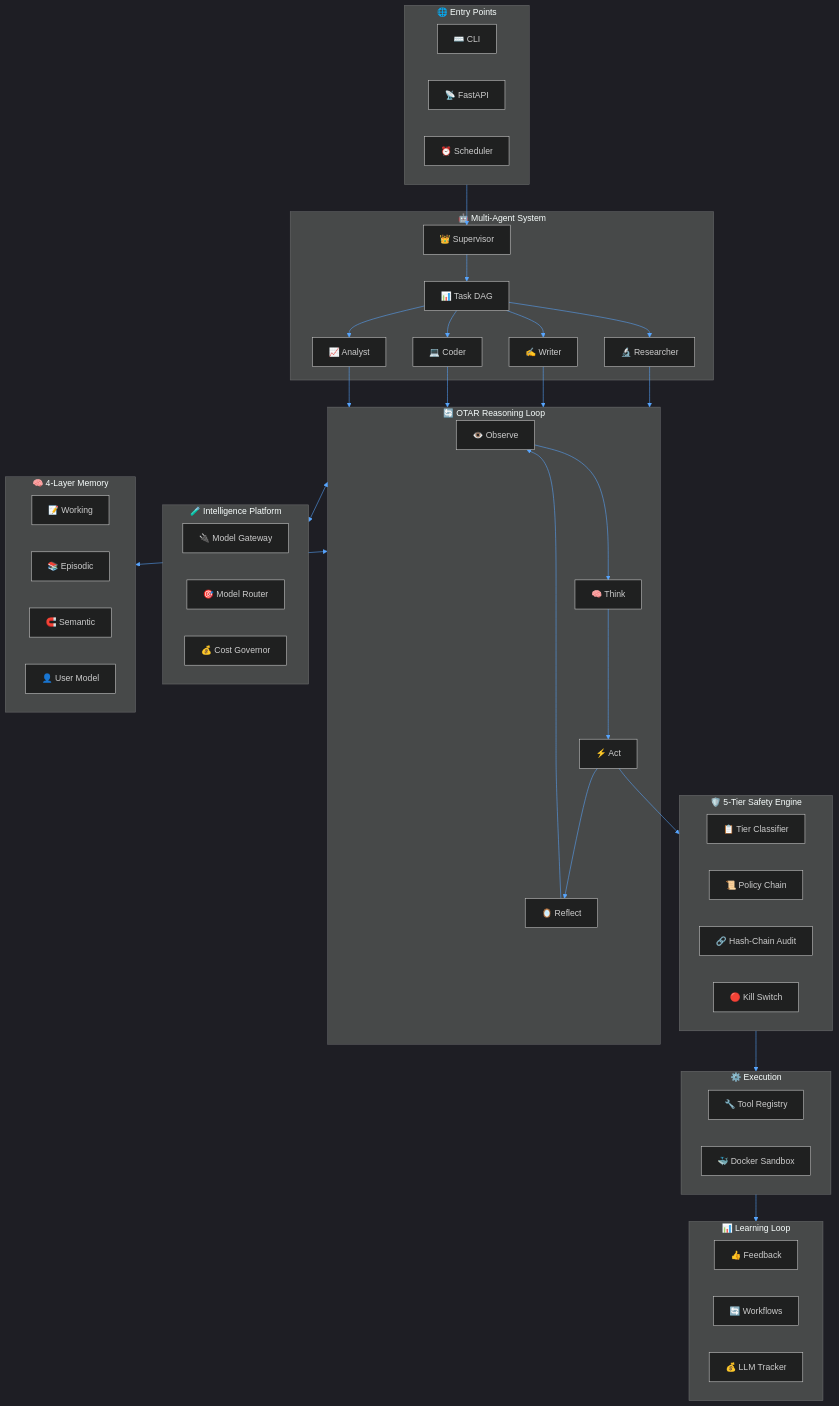
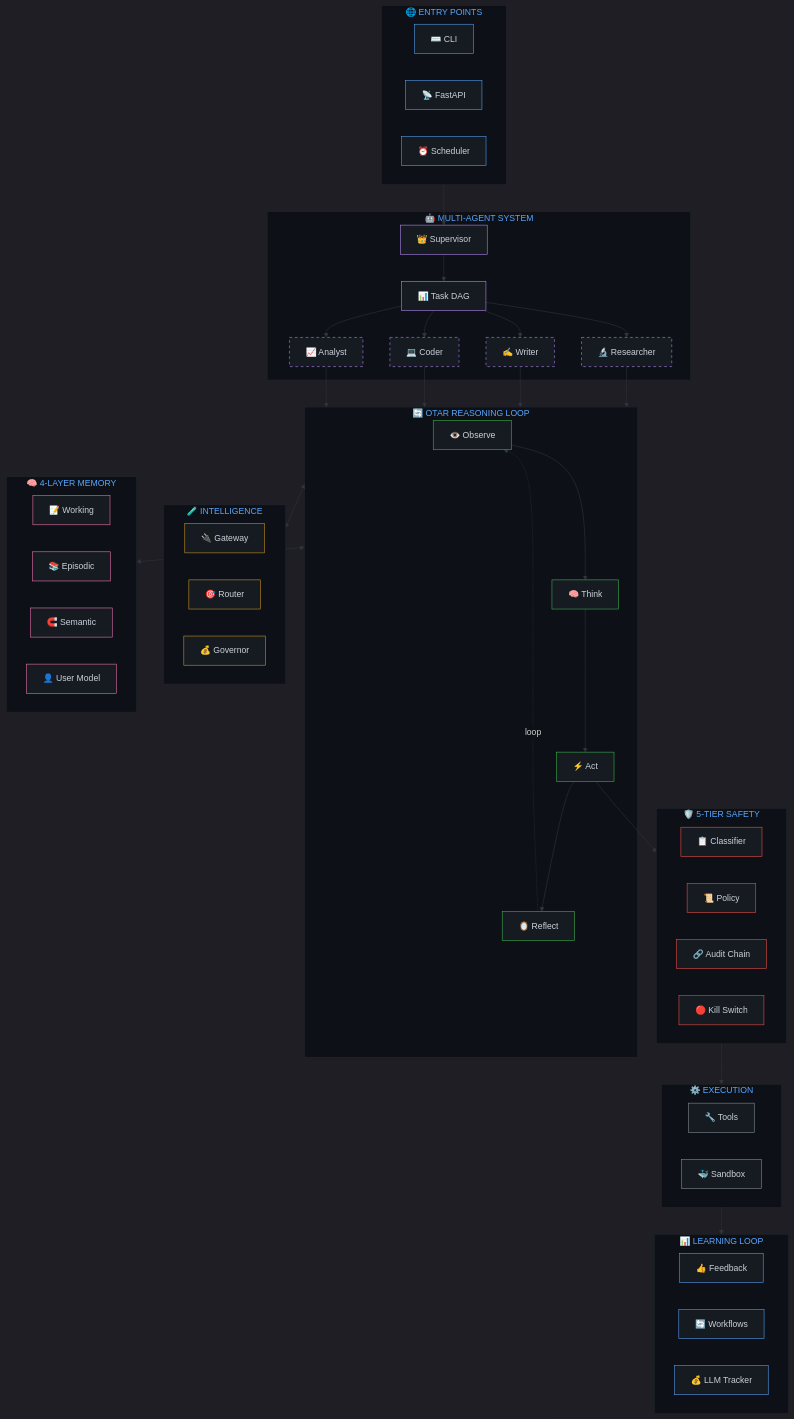
One commit to aman-bhaskar-codes/ATLAS changed the first of 3 diagrams in README.md. Above: the diagram before and after it, drawn with Mermaid. The commit also changed other lines of this file and 4 other files, not shown here.

First line of the commit message:
docs: cinematic README v2 — custom animated SVGs, dark theme, full motion design

````diff
--- a/README.md
+++ b/README.md
@@ -103,68 +134,77 @@
 ```mermaid
-%%{init: {'theme': 'dark', 'themeVariables': { 'primaryColor': '#1a1b27', 'primaryTextColor': '#c9d1d9', 'primaryBorderColor': '#58a6ff', 'lineColor': '#58a6ff', 'secondaryColor': '#161b22', 'tertiaryColor': '#0d1117', 'edgeLabelBackground': '#0d1117'}}}%%
+%%{init: {'theme': 'dark', 'themeVariables': { 'primaryColor': '#161b22', 'primaryTextColor': '#c9d1d9', 'primaryBorderColor': '#58a6ff', 'lineColor': '#30363d', 'secondaryColor': '#0d1117', 'tertiaryColor': '#0d1117', 'edgeLabelBackground': '#0d1117', 'clusterBkg': '#0d1117', 'clusterBorder': '#21262d', 'titleColor': '#58a6ff'}}}%%
 
 graph TB
-    subgraph ENTRY["🌐 Entry Points"]
-        CLI["⌨️ CLI"]
-        API["📡 FastAPI"]
-        CRON["⏰ Scheduler"]
+    subgraph ENTRY["⠀⠀🌐 ENTRY POINTS⠀⠀"]
+        CLI["⌨️ CLI"]:::entryNode
+        API["📡 FastAPI"]:::entryNode
+        CRON["⏰ Scheduler"]:::entryNode
     end
 
-    subgraph AGENTS["🤖 Multi-Agent System"]
-        SUP["👑 Supervisor"]
-        DAG["📊 Task DAG"]
-        R["🔬 Researcher"]
-        W["✍️ Writer"]
-        C["💻 Coder"]
-        A["📈 Analyst"]
+    subgraph AGENTS["⠀⠀🤖 MULTI-AGENT SYSTEM⠀⠀"]
+        SUP["👑 Supervisor"]:::agentNode
+        DAG["📊 Task DAG"]:::agentNode
+        R["🔬 Researcher"]:::specialistNode
+        W["✍️ Writer"]:::specialistNode
+        C["💻 Coder"]:::specialistNode
+        A["📈 Analyst"]:::specialistNode
     end
 
-    subgraph OTAR["🔄 OTAR Reasoning Loop"]
-        O["👁️ Observe"]
-        T["🧠 Think"]
-        ACT["⚡ Act"]
-        REF["🪞 Reflect"]
+    subgraph LOOP["⠀⠀🔄 OTAR REASONING LOOP⠀⠀"]
+        O["👁️ Observe"]:::otarNode
+        T["🧠 Think"]:::otarNode
+        ACT["⚡ Act"]:::otarNode
+        REF["🪞 Reflect"]:::otarNode
     end
 
-    subgraph INTEL["🧪 Intelligence Platform"]
-        GW["🔌 Model Gateway"]
-        ROUTE["🎯 Model Router"]
-        COST["💰 Cost Governor"]
+    subgraph INTEL["⠀⠀🧪 INTELLIGENCE⠀⠀"]
+        GW["🔌 Gateway"]:::intelNode
+        ROUTE["🎯 Router"]:::intelNode
+        COST["💰 Governor"]:::intelNode
     end
 
-    subgraph SAFETY["🛡️ 5-Tier Safety Engine"]
-        CLASS["📋 Tier Classifier"]
-        POLICY["📜 Policy Chain"]
-        AUDIT["🔗 Hash-Chain Audit"]
-        KS["🔴 Kill Switch"]
+    subgraph SAFE["⠀⠀🛡️ 5-TIER SAFETY⠀⠀"]
+        CLS["📋 Classifier"]:::safeNode
+        POL["📜 Policy"]:::safeNode
+        AUD["🔗 Audit Chain"]:::safeNode
+        KS["🔴 Kill Switch"]:::safeNode
     end
 
-    subgraph MEMORY["🧠 4-Layer Memory"]
-        WM["📝 Working"]
-        EM["📚 Episodic"]
-        SM["🧲 Semantic"]
-        UM["👤 User Model"]
+    subgraph MEM["⠀⠀🧠 4-LAYER MEMORY⠀⠀"]
+        WM["📝 Working"]:::memNode
+        EM["📚 Episodic"]:::memNode
+        SM["🧲 Semantic"]:::memNode
+        UM["👤 User Model"]:::memNode
     end
 
-    subgraph EXEC["⚙️ Execution"]
-        TOOLS["🔧 Tool Registry"]
-        SAND["🐳 Docker Sandbox"]
+    subgraph EXEC["⠀⠀⚙️ EXECUTION⠀⠀"]
+        TOOLS["🔧 Tools"]:::execNode
+        SAND["🐳 Sandbox"]:::execNode
     end
 
-    subgraph LEARN["📊 Learning Loop"]
-        FB["👍 Feedback"]
-        WF["🔄 Workflows"]
-        LLM["💰 LLM Tracker"]
+    subgraph LEARN["⠀⠀📊 LEARNING LOOP⠀⠀"]
+        FB["👍 Feedback"]:::learnNode
+        WF["🔄 Workflows"]:::learnNode
+        LLM["💰 LLM Tracker"]:::learnNode
     end
 
     ENTRY --> SUP
-    SUP --> DAG
-    DAG --> R & W & C & A
-    R & W & C & A --> OTAR
-    O --> T --> ACT --> REF --> O
-    ACT --> SAFETY
-    SAFETY --> EXEC
-    OTAR <--> INTEL
-    OTAR <--> MEMORY
+    SUP --> DAG --> R & W & C & A
+    R & W & C & A --> LOOP
+    O --> T --> ACT --> REF
+    REF -.->|loop| O
+    ACT --> SAFE --> EXEC
+    LOOP <--> INTEL
+    LOOP <--> MEM
     EXEC --> LEARN
+
+    classDef entryNode fill:#161b22,stroke:#58a6ff,color:#c9d1d9
+    classDef agentNode fill:#161b22,stroke:#bc8cff,color:#c9d1d9
+    classDef specialistNode fill:#161b22,stroke:#bc8cff,color:#c9d1d9,stroke-dasharray: 5 5
+    classDef otarNode fill:#161b22,stroke:#3fb950,color:#c9d1d9
+    classDef intelNode fill:#161b22,stroke:#d29922,color:#c9d1d9
+    classDef safeNode fill:#161b22,stroke:#f85149,color:#c9d1d9
+    classDef memNode fill:#161b22,stroke:#f778ba,color:#c9d1d9
+    classDef execNode fill:#161b22,stroke:#8b949e,color:#c9d1d9
+    classDef learnNode fill:#161b22,stroke:#58a6ff,color:#c9d1d9
 ```
````
